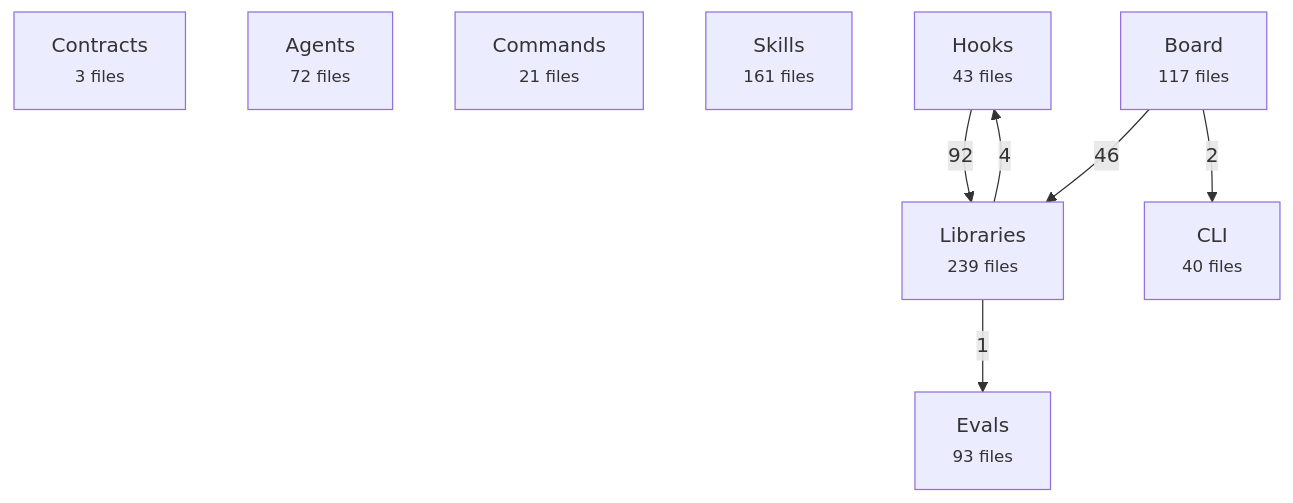
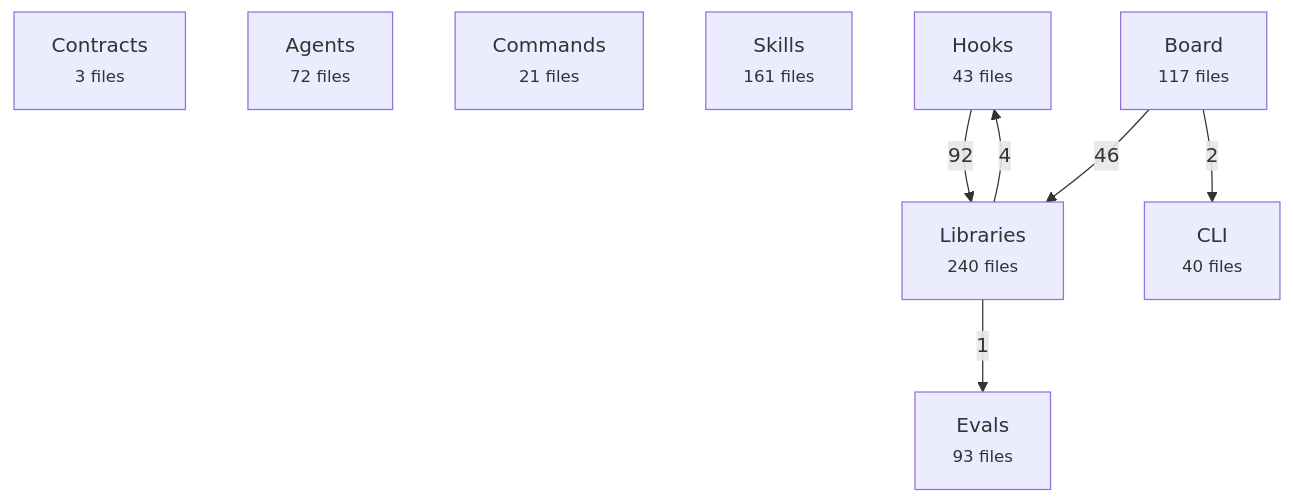
One commit to avelikiy/great_cto changed the first of 2 diagrams in docs/reference/architecture-map.md. Above: the diagram before and after it, drawn with Mermaid. The commit also changed other lines of this file, not shown here.

Commit message:
docs: synchronize generated architecture counts

````diff
--- a/docs/reference/architecture-map.md
+++ b/docs/reference/architecture-map.md
@@ -20,17 +20,17 @@
 ```mermaid
 flowchart TD
   contracts["Contracts<br/><small>3 files</small>"]
   agents["Agents<br/><small>72 files</small>"]
   commands["Commands<br/><small>21 files</small>"]
   skills["Skills<br/><small>161 files</small>"]
   hooks["Hooks<br/><small>43 files</small>"]
-  libs["Libraries<br/><small>239 files</small>"]
+  libs["Libraries<br/><small>240 files</small>"]
   board["Board<br/><small>117 files</small>"]
   cli["CLI<br/><small>40 files</small>"]
   evals["Evals<br/><small>93 files</small>"]
   hooks -->|92| libs
   board -->|46| libs
   libs -->|4| hooks
   board -->|2| cli
   libs -->|1| evals
 ```
````
